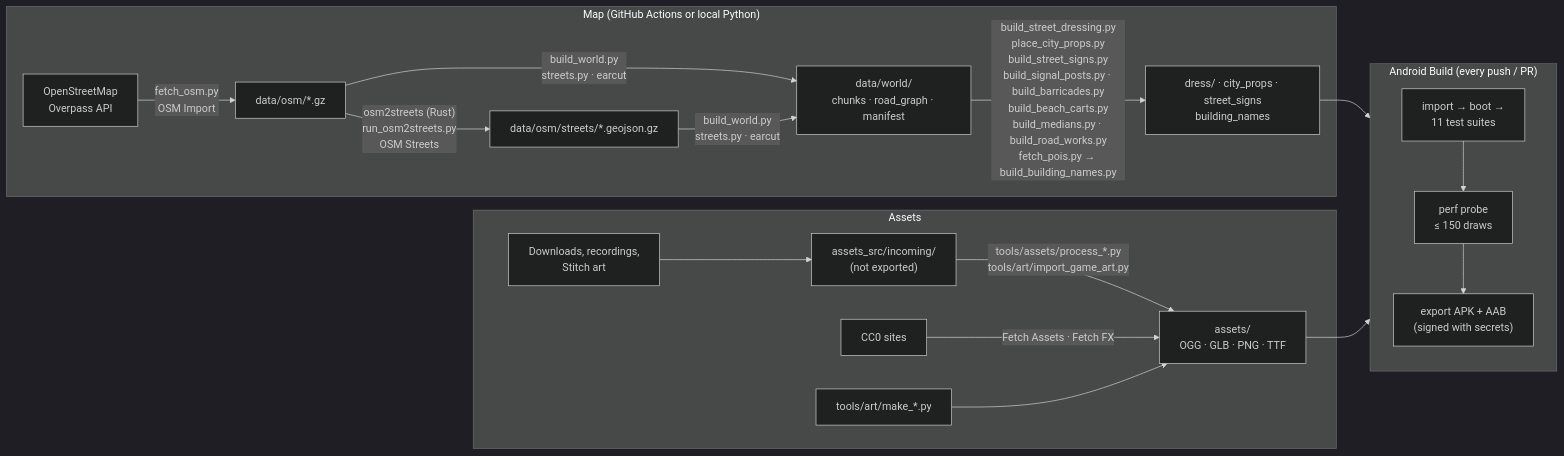
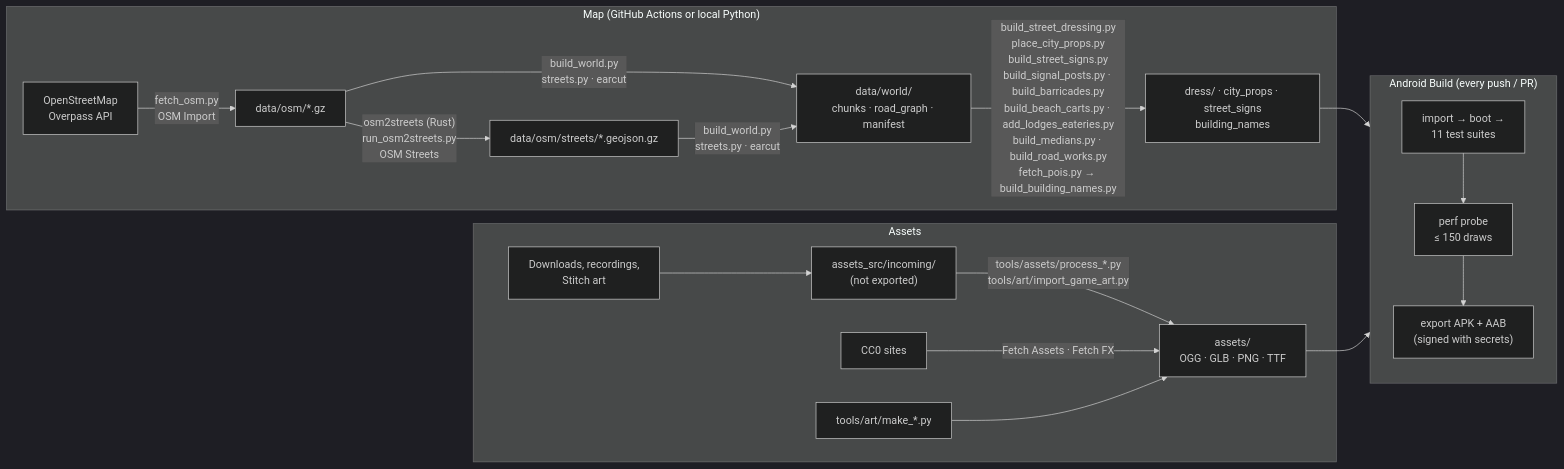
The second of 2 diagrams in README.md (DavidRajPaul/Auto-Simulator-Game-GoDot), drawn with Mermaid (dark theme) before and after one commit. The commit also changed other lines of this file and 441 other files, not shown here.

````diff
--- a/README.md
+++ b/README.md
@@ -232,20 +232,20 @@
 ```mermaid
 flowchart LR
   subgraph Map["Map (GitHub Actions or local Python)"]
     OSM["OpenStreetMap<br/>Overpass API"] -->|"fetch_osm.py<br/>OSM Import"| RAW["data/osm/*.gz"]
     RAW -->|"osm2streets (Rust)<br/>run_osm2streets.py<br/>OSM Streets"| LANES["data/osm/streets/*.geojson.gz"]
     RAW & LANES -->|"build_world.py<br/>streets.py · earcut"| WD["data/world/<br/>chunks · road_graph · manifest"]
-    WD -->|"build_street_dressing.py<br/>place_city_props.py<br/>build_street_signs.py<br/>build_signal_posts.py · build_barricades.py<br/>build_beach_carts.py<br/>build_medians.py · build_road_works.py<br/>fetch_pois.py → build_building_names.py"| WD2["dress/ · city_props · street_signs<br/>building_names"]
+    WD -->|"build_street_dressing.py<br/>place_city_props.py<br/>build_street_signs.py<br/>build_signal_posts.py · build_barricades.py<br/>build_beach_carts.py · add_lodges_eateries.py<br/>build_medians.py · build_road_works.py<br/>fetch_pois.py → build_building_names.py"| WD2["dress/ · city_props · street_signs<br/>building_names"]
   end
   subgraph Art["Assets"]
     DL["Downloads, recordings,<br/>Stitch art"] --> INC["assets_src/incoming/<br/>(not exported)"]
     INC -->|"tools/assets/process_*.py<br/>tools/art/import_game_art.py"| ASSETS["assets/<br/>OGG · GLB · PNG · TTF"]
     CC0["CC0 sites"] -->|"Fetch Assets · Fetch FX"| ASSETS
     GEN["tools/art/make_*.py"] --> ASSETS
   end
   subgraph CI["Android Build (every push / PR)"]
     T["import → boot →<br/>11 test suites"] --> P["perf probe<br/>≤ 150 draws"] --> E["export APK + AAB<br/>(signed with secrets)"]
   end
   WD2 --> CI
   ASSETS --> CI
 ```
````
